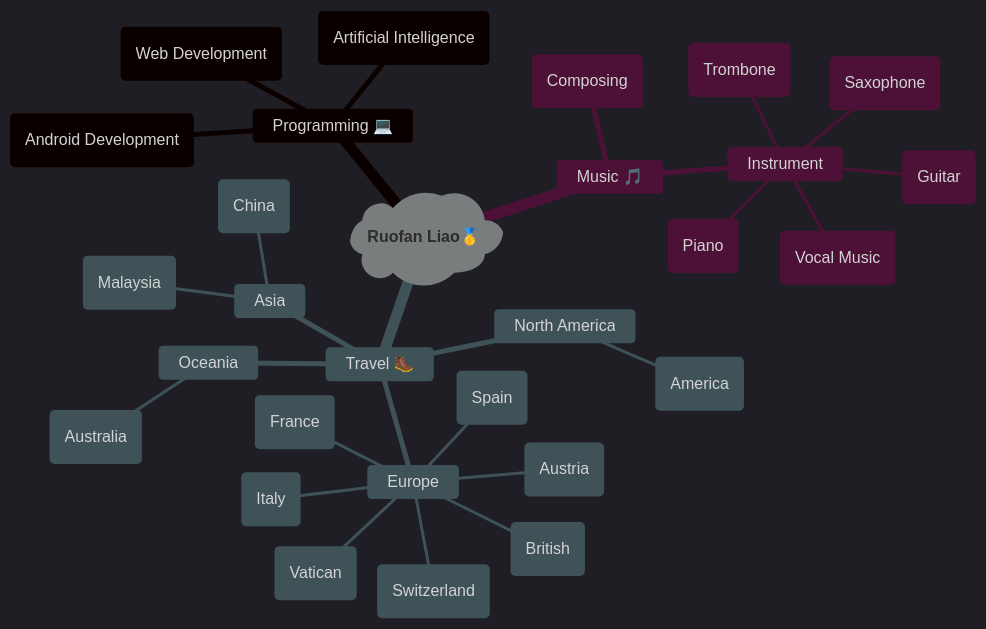
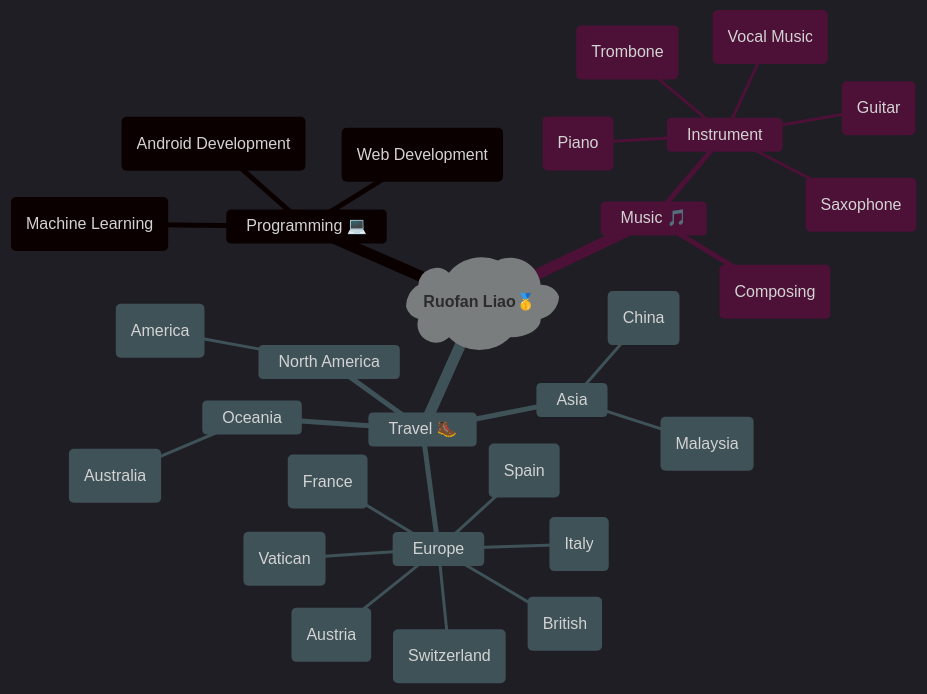
The diagram in README.md (LLLLLrf/LLLLLrf), drawn with Mermaid before and after one commit.

````diff
--- a/README.md
+++ b/README.md
@@ -138,34 +138,34 @@
 ```mermaid
 %%{init: {'theme': 'dark'}}%%
 
 mindmap
   root)**Ruofan Liao**🥇(
     Programming 💻
       (Web Development)
       (Android Development)
-      (Artificial Intelligence)
+      (Machine Learning)
     Music 🎵
       (Composing)
       Instrument
         (Trombone)
         (Saxophone)
         (Guitar)
         (Piano)
         (Vocal Music)
     Travel 🥾
       Europe
          (British)
          (France)
          (Vatican)
          (Italy)
          (Switzerland)
          (Austria)
          (Spain)
       North America
          (America)
       Oceania
          (Australia)
       Asia
          (Malaysia)
          (China)
 ```
````
